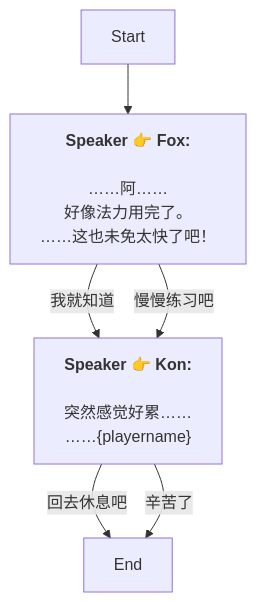
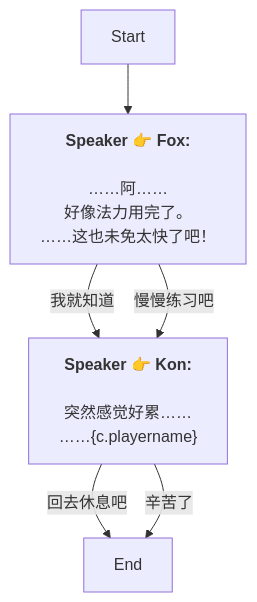
Before and after one commit to SoftHu/tos_avg: the diagram in Zh/QuestStartTalkENode_1764843102791930.md, drawn with Mermaid. The commit also changed 410 other files, not shown here.

````diff
--- a/Zh/QuestStartTalkENode_1764843102791930.md
+++ b/Zh/QuestStartTalkENode_1764843102791930.md
@@ -1,15 +1,15 @@
 ```mermaid
 graph
 Start -->1764843163038974[<b>Speaker 👉 Fox:</b>
 \n……阿……
 好像法力用完了。\n……这也未免太快了吧！]
 1764843163038974 -->|我就知道|1764843275170052[<b>Speaker 👉 Kon:</b>
 \n突然感觉好累……
-……&lbrace;playername&rbrace;]
+……&lbrace;c.playername&rbrace;]
 1764843163038974 -->|慢慢练习吧|1764843275170052[<b>Speaker 👉 Kon:</b>
 \n突然感觉好累……
-……&lbrace;playername&rbrace;]
+……&lbrace;c.playername&rbrace;]
 1764843275170052 -->|回去休息吧|1764893393003223[End]
 1764843275170052 -->|辛苦了|1764893393003223[End]
 
 ```
````
